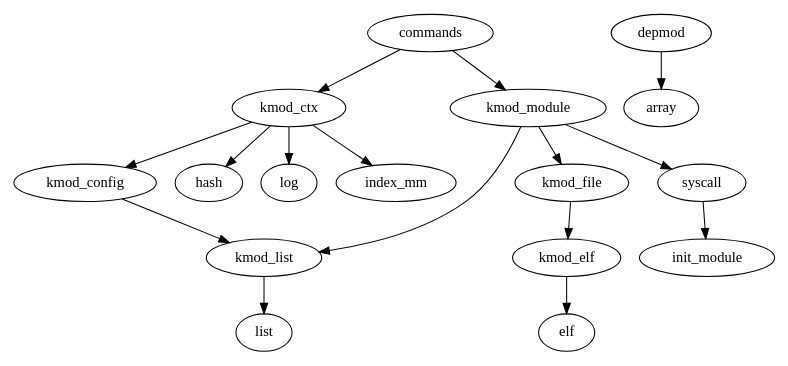
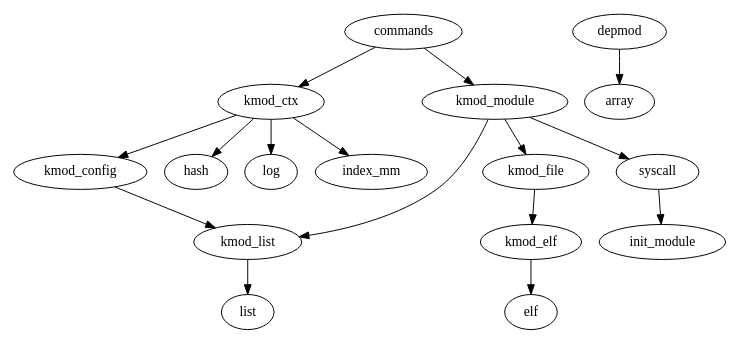
Before and after one commit to limingth/comment-subs: the diagram in pdf/figures/sys.dot, drawn with Graphviz. The commit also changed 71 other files, not shown here.

```diff
--- a/pdf/figures/sys.dot
+++ b/pdf/figures/sys.dot
@@ -1,25 +1,25 @@
 digraph G {
 
-	size="8, 8";  
+	size="7.5 7.5";  
 
 	commands -> kmod_ctx;
 	commands -> kmod_module;
 	depmod -> array;
 
 	kmod_ctx -> kmod_config -> kmod_list;
 	kmod_ctx -> hash;
 	kmod_ctx -> log;
 	kmod_ctx -> index_mm;
 
 	kmod_module -> kmod_file;
 	kmod_module -> syscall;
 
 	syscall -> init_module;
 
 	kmod_module -> kmod_list;
 
 	kmod_file -> kmod_elf;
 	kmod_elf -> elf;
 	kmod_list -> list;
 
 }
```
